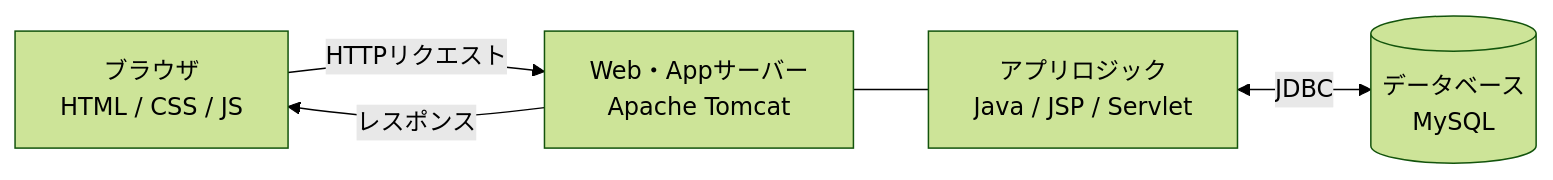
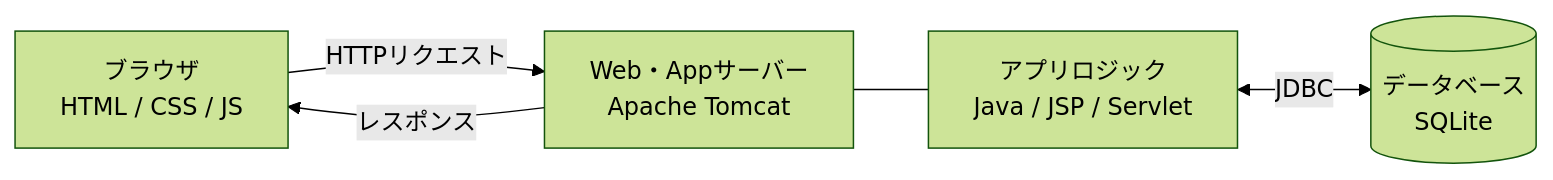
One commit to kanjuro-m/my-planner changed the third of 3 diagrams in README.md. Above: the diagram before and after it, drawn with Mermaid (forest theme).

````diff
--- a/README.md
+++ b/README.md
@@ -176,7 +176,7 @@
 ```mermaid
 graph LR
     Client[ブラウザ<br/>HTML / CSS / JS] -->|HTTPリクエスト| Server[Web・Appサーバー<br/>Apache Tomcat]
     Server -->|レスポンス| Client
     Server --- Logic[アプリロジック<br/>Java / JSP / Servlet]
-    Logic <-->|JDBC| DB[(データベース<br/>MySQL)]
+    Logic <-->|JDBC| DB[(データベース<br/>SQLite)]
 ```
````
